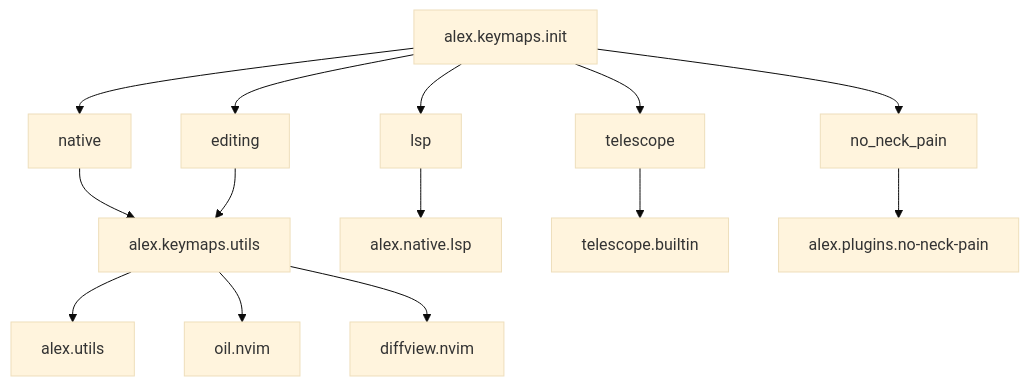
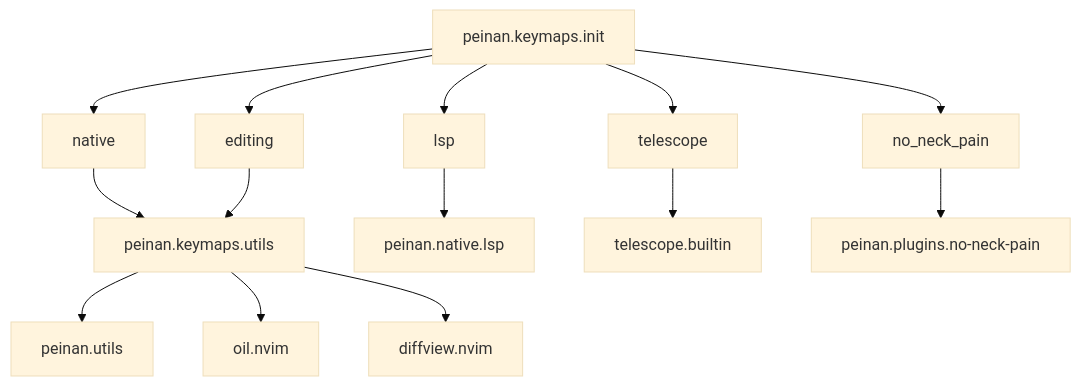
The fourth of 4 diagrams in docs/en/structure/dependencies.md (peinan/nvim), drawn with Mermaid (base theme) before and after one commit. The commit also changed other lines of this file and 96 other files, not shown here.

````diff
--- a/docs/en/structure/dependencies.md
+++ b/docs/en/structure/dependencies.md
@@ -117,18 +117,18 @@
 ```mermaid
 graph TD
-    K[alex.keymaps.init] --> K1[native]
+    K[peinan.keymaps.init] --> K1[native]
     K --> K2[editing]
     K --> K3[lsp]
     K --> K4[telescope]
     K --> K5[no_neck_pain]
 
-    K1 --> U1[alex.keymaps.utils]
+    K1 --> U1[peinan.keymaps.utils]
     K2 --> U1
-    K3 --> L1[alex.native.lsp]
+    K3 --> L1[peinan.native.lsp]
     K4 --> T1[telescope.builtin]
-    K5 --> N1[alex.plugins.no-neck-pain]
+    K5 --> N1[peinan.plugins.no-neck-pain]
 
-    U1 --> U2[alex.utils]
+    U1 --> U2[peinan.utils]
     U1 --> O1[oil.nvim]
     U1 --> D1[diffview.nvim]
 ```
````
